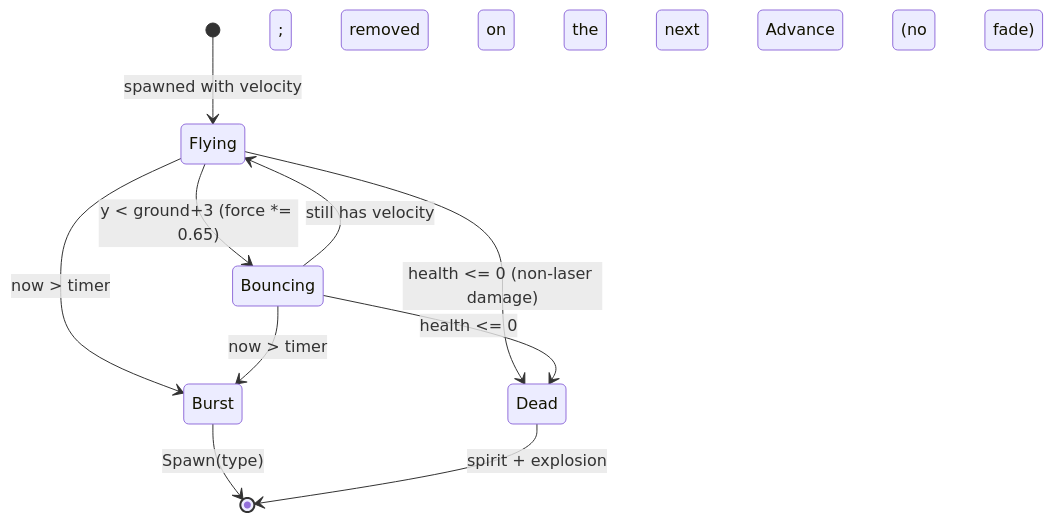
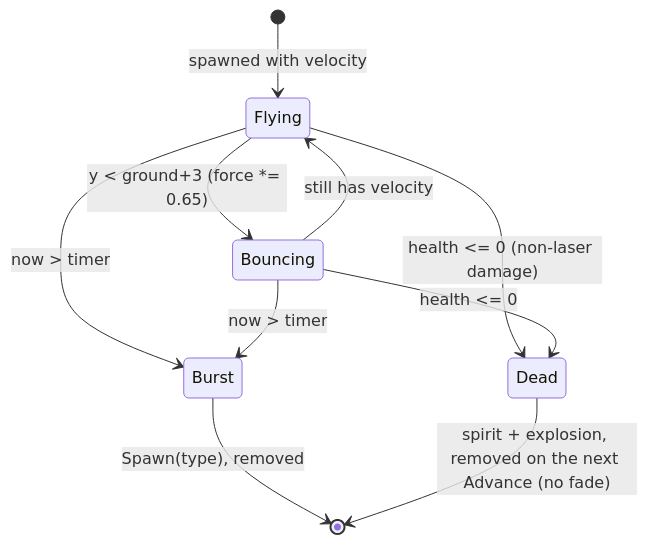
One commit to Zwaliebaba/Species.AI changed the second of 11 diagrams in design/_work/drafts/P05_entities_creatures.md. Above: the diagram before and after it, drawn with Mermaid. The commit also changed other lines of this file and 6 other files, not shown here.

````diff
--- a/design/_work/drafts/P05_entities_creatures.md
+++ b/design/_work/drafts/P05_entities_creatures.md
@@ -230,12 +230,12 @@
 ```mermaid
 stateDiagram-v2
     [*] --> Flying: spawned with velocity
     Flying --> Bouncing: y < ground+3 (force *= 0.65)
     Bouncing --> Flying: still has velocity
     Flying --> Burst: now > timer
     Bouncing --> Burst: now > timer
     Flying --> Dead: health <= 0 (non-laser damage)
     Bouncing --> Dead: health <= 0
-    Burst --> [*]: Spawn(type); removed
-    Dead --> [*]: spirit + explosion; removed on the next Advance (no fade)
+    Burst --> [*]: Spawn(type), removed
+    Dead --> [*]: spirit + explosion, removed on the next Advance (no fade)
 ```
````
